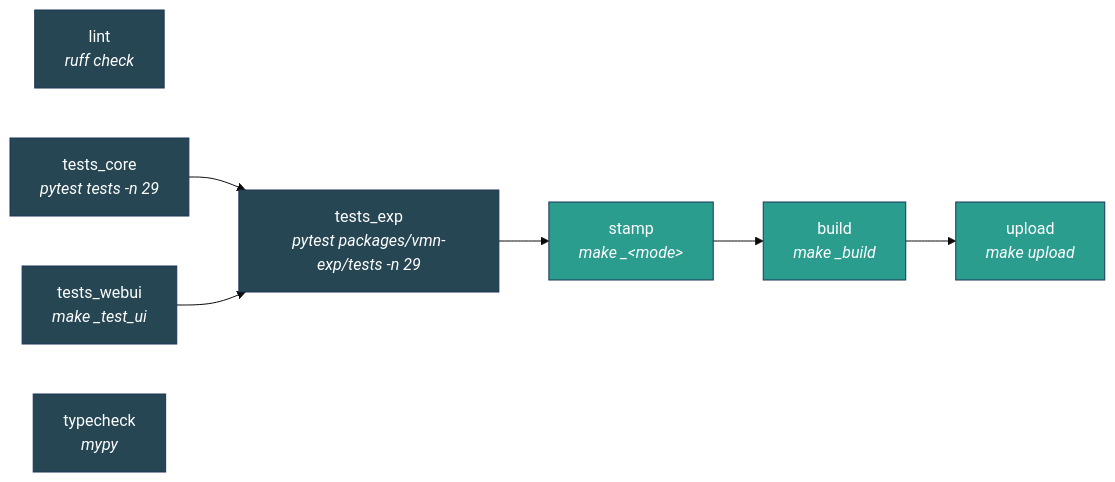
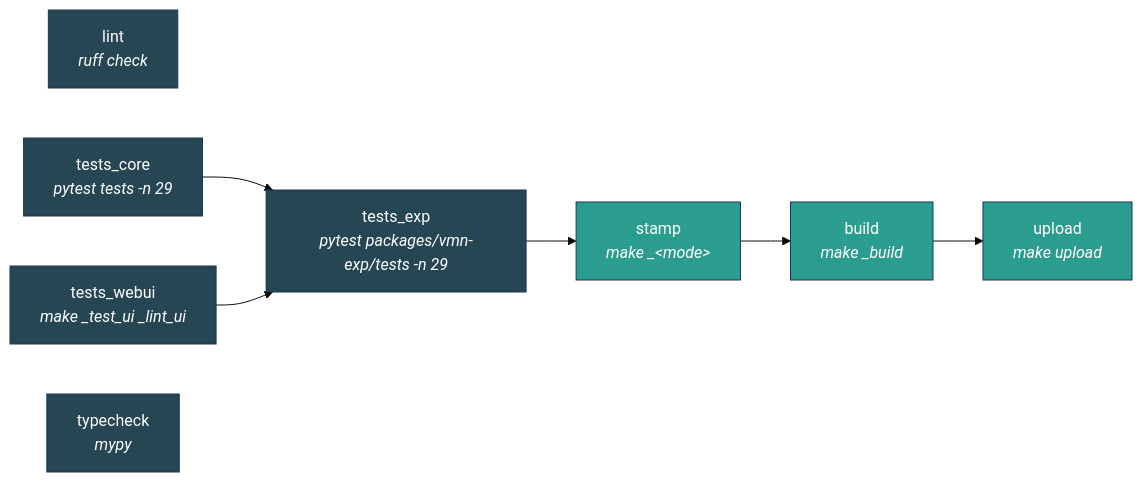
Before and after one commit to progovoy/vmn: the second of 2 diagrams in ci/README.md, drawn with Mermaid (base theme). The commit also changed other lines of this file and 4 other files, not shown here.

First line of the commit message:
ci: tests_webui runs ESLint after the vitest suite

````diff
--- a/ci/README.md
+++ b/ci/README.md
@@ -44,22 +44,22 @@
 ```mermaid
 graph LR
     lint["lint<br/><i>ruff check</i>"]
     tests_core["tests_core<br/><i>pytest tests -n 29</i>"]
     tests_exp["tests_exp<br/><i>pytest packages/vmn-exp/tests -n 29</i>"]
-    tests_webui["tests_webui<br/><i>make _test_ui</i>"]
+    tests_webui["tests_webui<br/><i>make _test_ui _lint_ui</i>"]
     typecheck["typecheck<br/><i>mypy</i>"]
     tests_core --> tests_exp
     tests_webui --> tests_exp
     tests_exp --> stamp["stamp<br/><i>make _&lt;mode&gt;</i>"]
     stamp --> build["build<br/><i>make _build</i>"]
     build --> upload["upload<br/><i>make upload</i>"]
 
     style lint fill:#264653,stroke:#1d3557,color:#fff
     style tests_core fill:#264653,stroke:#1d3557,color:#fff
     style tests_exp fill:#264653,stroke:#1d3557,color:#fff
     style tests_webui fill:#264653,stroke:#1d3557,color:#fff
     style typecheck fill:#264653,stroke:#1d3557,color:#fff
     style stamp fill:#2a9d8f,stroke:#1d3557,color:#fff
     style build fill:#2a9d8f,stroke:#1d3557,color:#fff
     style upload fill:#2a9d8f,stroke:#1d3557,color:#fff
 ```
````
